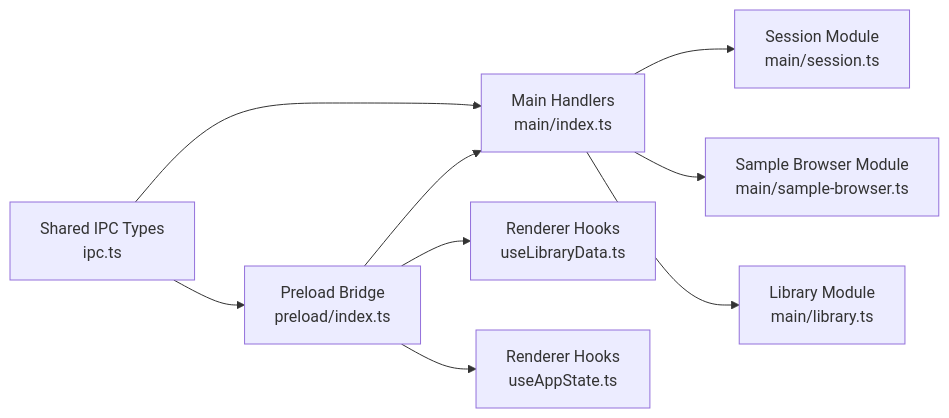
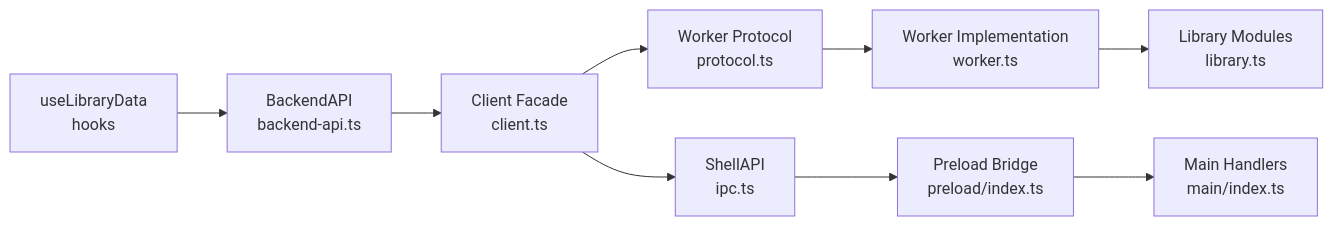
One commit to satyrlord/mixjam-electron changed the eighth of 8 diagrams in .qoder/repowiki/en/content/IPC Communication.md. Above: the diagram before and after it, drawn with Mermaid. The commit also changed other lines of this file and 51 other files, not shown here.

````diff
--- a/.qoder/repowiki/en/content/IPC Communication.md
+++ b/.qoder/repowiki/en/content/IPC Communication.md
@@ -438,11 +353,11 @@
 ```mermaid
 graph LR
-IPC["Shared IPC Types<br/>ipc.ts"] --> PRE["Preload Bridge<br/>preload/index.ts"]
-IPC --> MAIN["Main Handlers<br/>main/index.ts"]
-PRE --> MAIN
-MAIN --> SES["Session Module<br/>main/session.ts"]
-MAIN --> SBR["Sample Browser Module<br/>main/sample-browser.ts"]
-MAIN --> LIB["Library Module<br/>main/library.ts"]
-PRE --> RND["Renderer Hooks<br/>useLibraryData.ts"]
-PRE --> RND2["Renderer Hooks<br/>useAppState.ts"]
+SHAPI["ShellAPI<br/>ipc.ts"] --> PRE["Preload Bridge<br/>preload/index.ts"]
+PRE --> MAIN["Main Handlers<br/>main/index.ts"]
+BAPI["BackendAPI<br/>backend-api.ts"] --> CLI["Client Facade<br/>client.ts"]
+CLI --> PROTO["Worker Protocol<br/>protocol.ts"]
+PROTO --> WRK["Worker Implementation<br/>worker.ts"]
+WRK --> LIB["Library Modules<br/>library.ts"]
+CLI --> SHAPI
+USELIB["useLibraryData<br/>hooks"] --> BAPI
 ```
````
